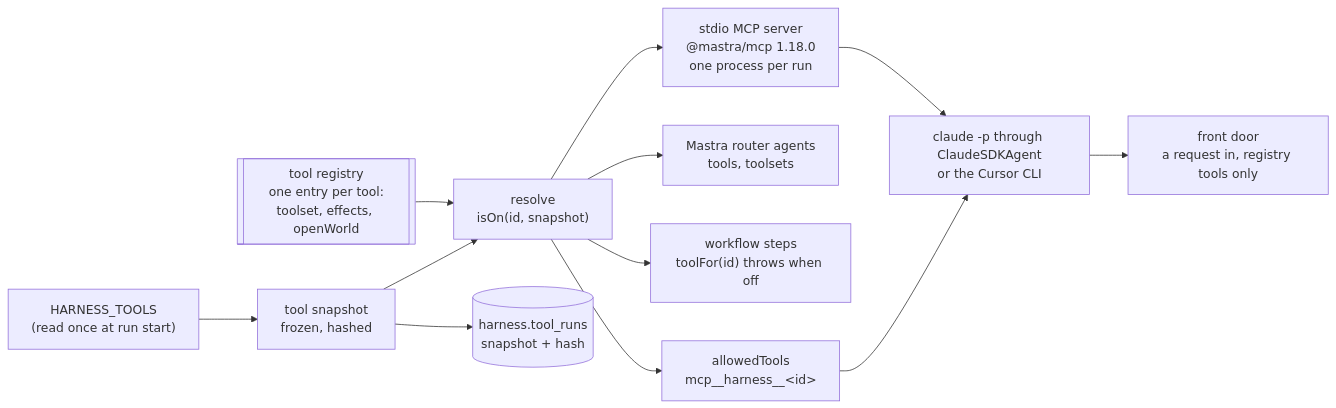
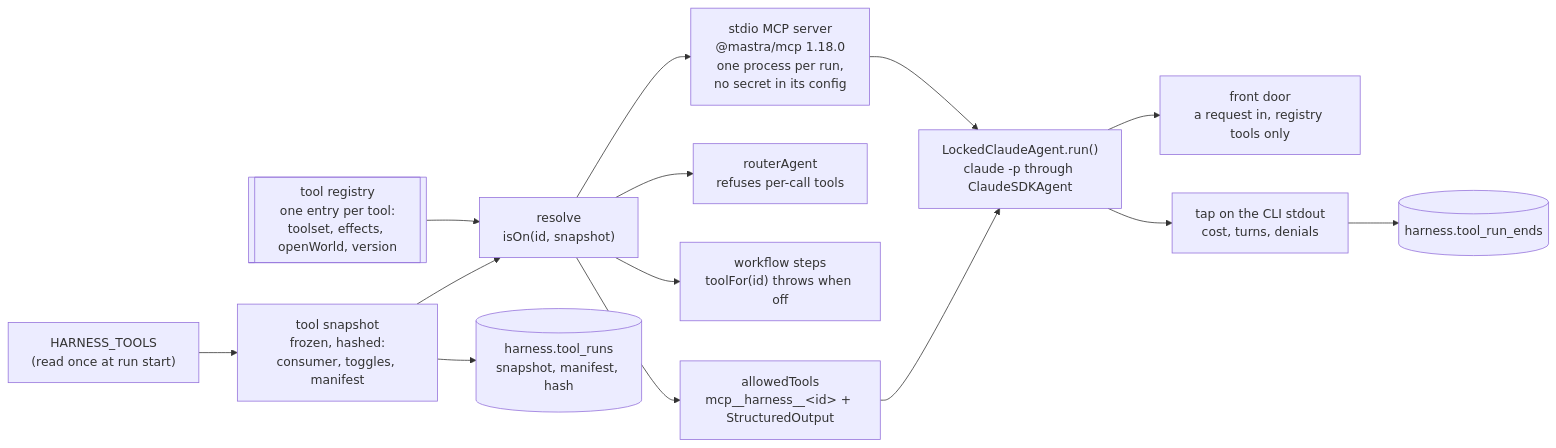
Before and after one commit to Ronitron007/product-eval-harness: the diagram in docs/design/tool-registry.md, drawn with Mermaid. The commit also changed other lines of this file and 4 other files, not shown here.

First line of the commit message:
docs(tools): fold the interrogate fixes into the tool registry spec [skip ci]

````diff
--- a/docs/design/tool-registry.md
+++ b/docs/design/tool-registry.md
@@ -43,14 +49,16 @@
 ```mermaid
 flowchart LR
-  ENV["HARNESS_TOOLS<br/>(read once at run start)"] --> SNAP["tool snapshot<br/>frozen, hashed"]
-  REG[["tool registry<br/>one entry per tool:<br/>toolset, effects, openWorld"]] --> RES
+  ENV["HARNESS_TOOLS<br/>(read once at run start)"] --> SNAP["tool snapshot<br/>frozen, hashed:<br/>consumer, toggles, manifest"]
+  REG[["tool registry<br/>one entry per tool:<br/>toolset, effects, openWorld, version"]] --> RES
   SNAP --> RES["resolve<br/>isOn(id, snapshot)"]
-  SNAP --> RUNS[("harness.tool_runs<br/>snapshot + hash")]
-  RES --> MCP["stdio MCP server<br/>@mastra/mcp 1.18.0<br/>one process per run"]
-  RES --> AG["Mastra router agents<br/>tools, toolsets"]
+  SNAP --> RUNS[("harness.tool_runs<br/>snapshot, manifest, hash")]
+  RES --> MCP["stdio MCP server<br/>@mastra/mcp 1.18.0<br/>one process per run,<br/>no secret in its config"]
+  RES --> AG["routerAgent<br/>refuses per-call tools"]
   RES --> STEP["workflow steps<br/>toolFor(id) throws when off"]
-  RES --> ALLOW["allowedTools<br/>mcp__harness__&lt;id&gt;"]
-  MCP --> CLI["claude -p through ClaudeSDKAgent<br/>or the Cursor CLI"]
+  RES --> ALLOW["allowedTools<br/>mcp__harness__&lt;id&gt; + StructuredOutput"]
+  MCP --> CLI["LockedClaudeAgent.run()<br/>claude -p through ClaudeSDKAgent"]
   ALLOW --> CLI
   CLI --> FD["front door<br/>a request in, registry tools only"]
+  CLI --> TAP["tap on the CLI stdout<br/>cost, turns, denials"]
+  TAP --> ENDS[("harness.tool_run_ends")]
 ```
````
